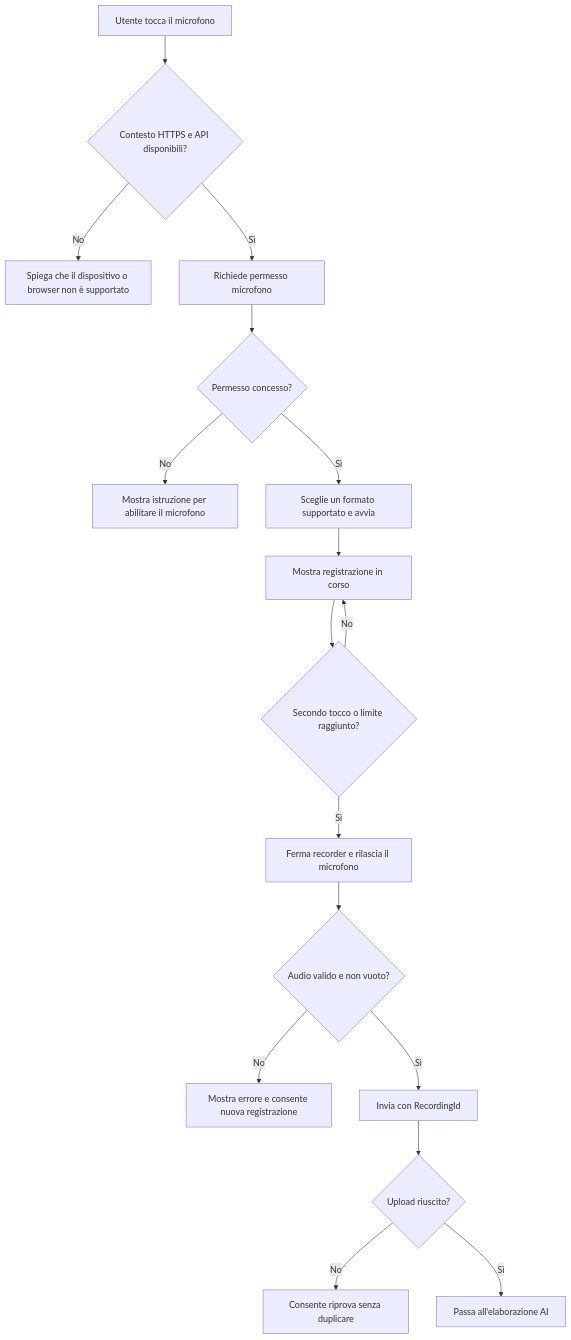
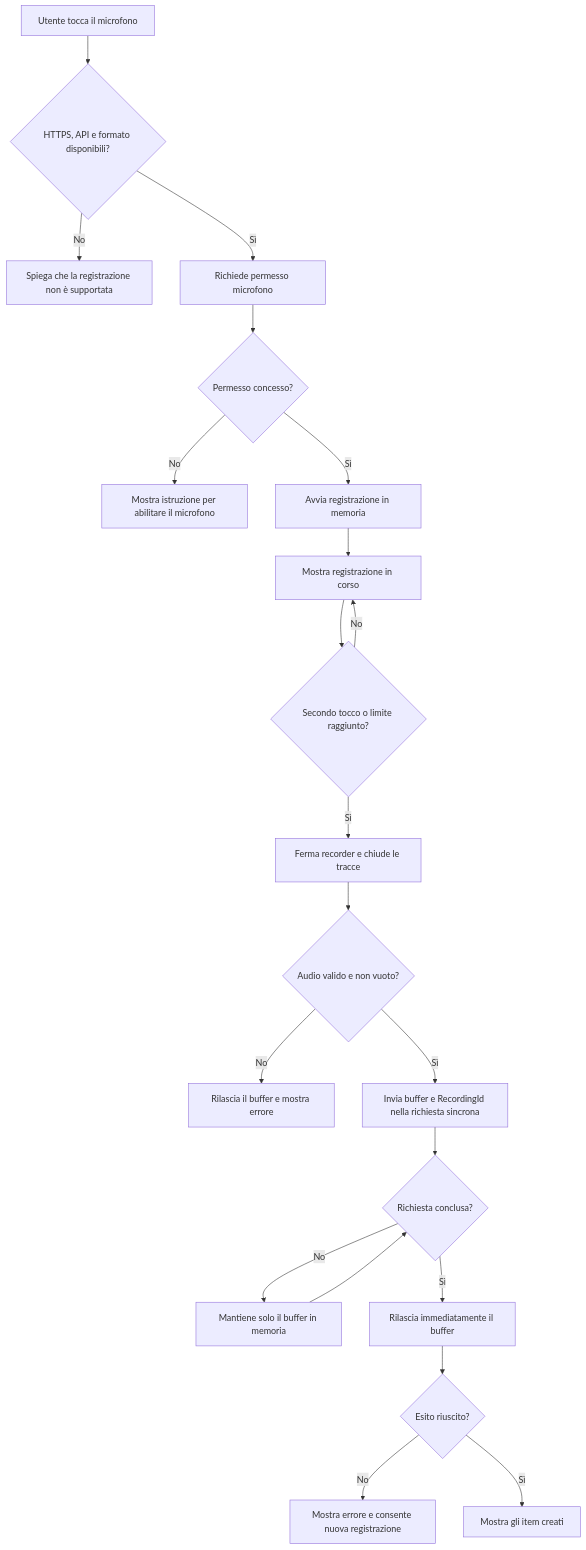
The diagram in docs/kinlist/research/tasks/voice-recording/research.md (martinabruni/DA.KinHub), drawn with Mermaid before and after one commit. The commit also changed other lines of this file and 17 other files, not shown here.

````diff
--- a/docs/kinlist/research/tasks/voice-recording/research.md
+++ b/docs/kinlist/research/tasks/voice-recording/research.md
@@ -81,19 +80,23 @@
 ```mermaid
 flowchart TD
-    A["Utente tocca il microfono"] --> B{"Contesto HTTPS e API disponibili?"}
-    B -- No --> C["Spiega che il dispositivo o browser non è supportato"]
+    A["Utente tocca il microfono"] --> B{"HTTPS, API e formato disponibili?"}
+    B -- No --> C["Spiega che la registrazione non è supportata"]
     B -- Sì --> D["Richiede permesso microfono"]
     D --> E{"Permesso concesso?"}
     E -- No --> F["Mostra istruzione per abilitare il microfono"]
-    E -- Sì --> G["Sceglie un formato supportato e avvia"]
+    E -- Sì --> G["Avvia registrazione in memoria"]
     G --> H["Mostra registrazione in corso"]
     H --> I{"Secondo tocco o limite raggiunto?"}
     I -- No --> H
-    I -- Sì --> J["Ferma recorder e rilascia il microfono"]
+    I -- Sì --> J["Ferma recorder e chiude le tracce"]
     J --> K{"Audio valido e non vuoto?"}
-    K -- No --> L["Mostra errore e consente nuova registrazione"]
-    K -- Sì --> M["Invia con RecordingId"]
-    M --> N{"Upload riuscito?"}
-    N -- No --> O["Consente riprova senza duplicare"]
-    N -- Sì --> P["Passa all'elaborazione AI"]
+    K -- No --> L["Rilascia il buffer e mostra errore"]
+    K -- Sì --> M["Invia buffer e RecordingId nella richiesta sincrona"]
+    M --> N{"Richiesta conclusa?"}
+    N -- No --> O["Mantiene solo il buffer in memoria"]
+    O --> N
+    N -- Sì --> P["Rilascia immediatamente il buffer"]
+    P --> Q{"Esito riuscito?"}
+    Q -- No --> R["Mostra errore e consente nuova registrazione"]
+    Q -- Sì --> S["Mostra gli item creati"]
 ```
````
